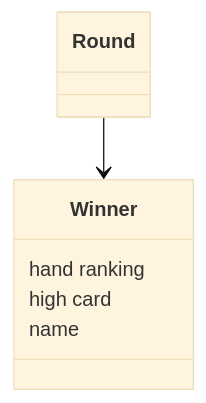
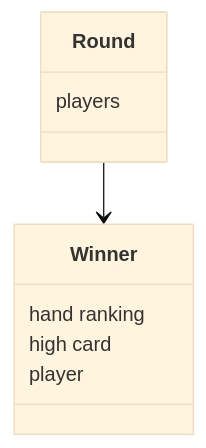
The first of 2 diagrams in documentation/architecture.md (JesseHantula/JokerPoker), drawn with Mermaid (base theme) before and after one commit. The commit also changed other lines of this file, not shown here.

Commit message:
architecture update

````diff
--- a/documentation/architecture.md
+++ b/documentation/architecture.md
@@ -17,12 +17,12 @@
 ```mermaid
 classDiagram
     Round --> Winner
     class Round{
-
+        players
     }
     class Winner{
         hand ranking
         high card
-        name
+        player
     }
 ```
````
